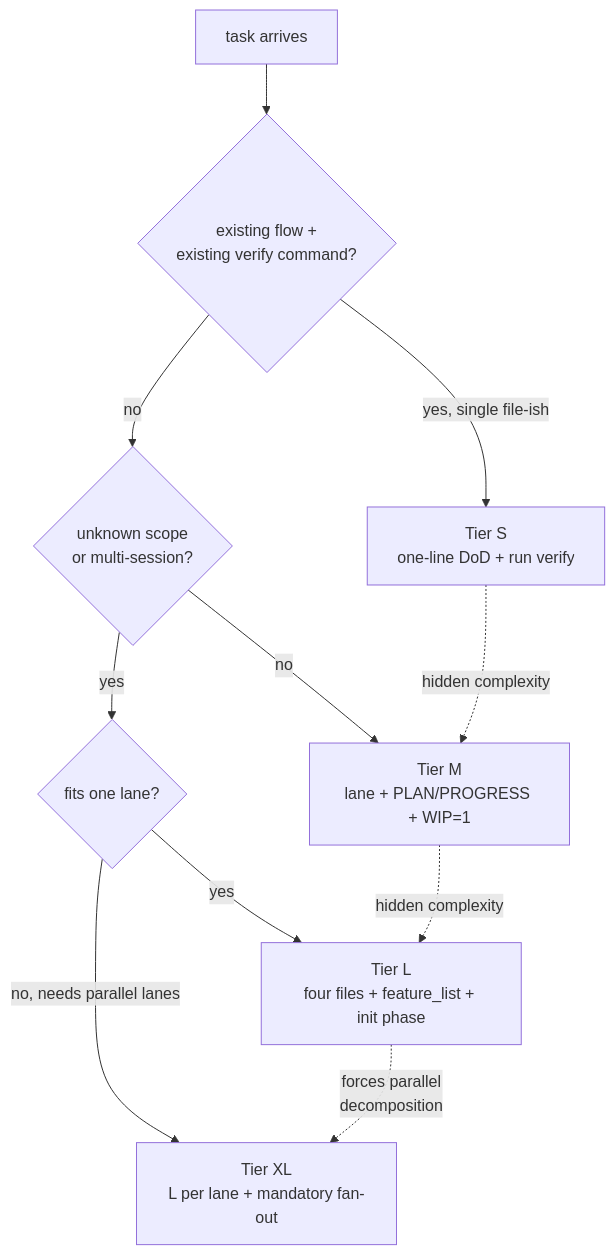
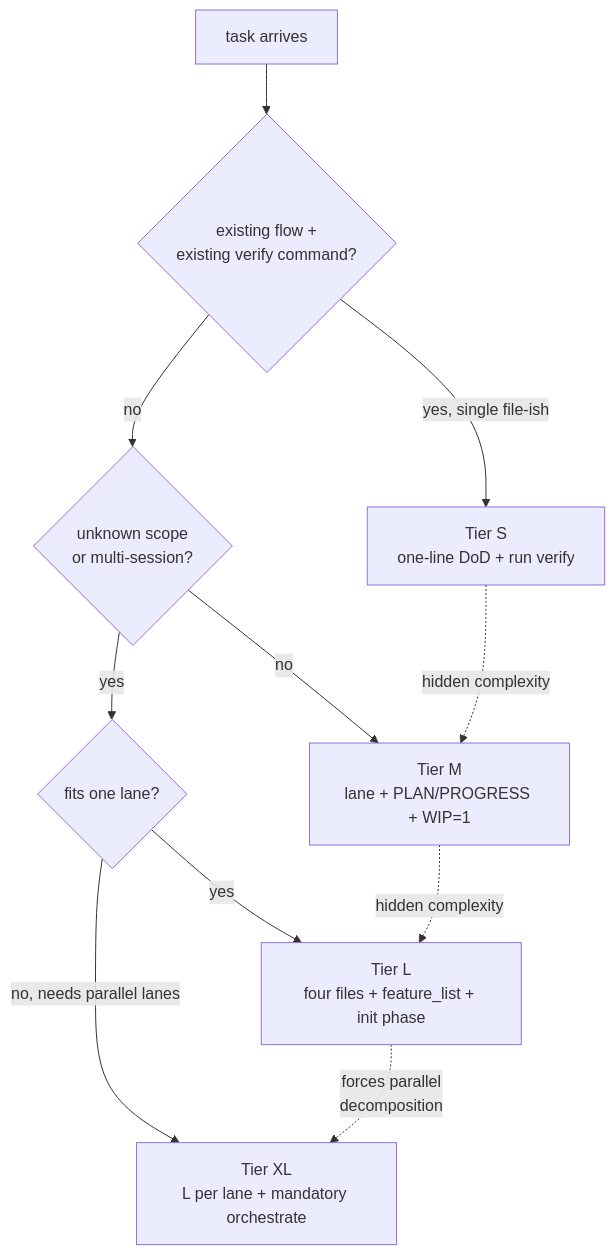
The first of 4 diagrams in docs/how-it-works/work-lifecycle.md (bygama/Agent-Engineering), drawn with Mermaid before and after one commit. The commit also changed other lines of this file and 3 other files, not shown here.

````diff
--- a/docs/how-it-works/work-lifecycle.md
+++ b/docs/how-it-works/work-lifecycle.md
@@ -22,11 +22,11 @@
 ```mermaid
 flowchart TD
     T[task arrives] --> Q1{existing flow +<br/>existing verify command?}
     Q1 -->|yes, single file-ish| S[Tier S<br/>one-line DoD + run verify]
     Q1 -->|no| Q2{unknown scope<br/>or multi-session?}
     Q2 -->|no| M[Tier M<br/>lane + PLAN/PROGRESS + WIP=1]
     Q2 -->|yes| Q3{fits one lane?}
     Q3 -->|yes| L[Tier L<br/>four files + feature_list + init phase]
-    Q3 -->|no, needs parallel lanes| XL[Tier XL<br/>L per lane + mandatory fan-out]
+    Q3 -->|no, needs parallel lanes| XL[Tier XL<br/>L per lane + mandatory orchestrate]
     S -.->|hidden complexity| M -.->|hidden complexity| L -.->|forces parallel<br/>decomposition| XL
 ```
````
